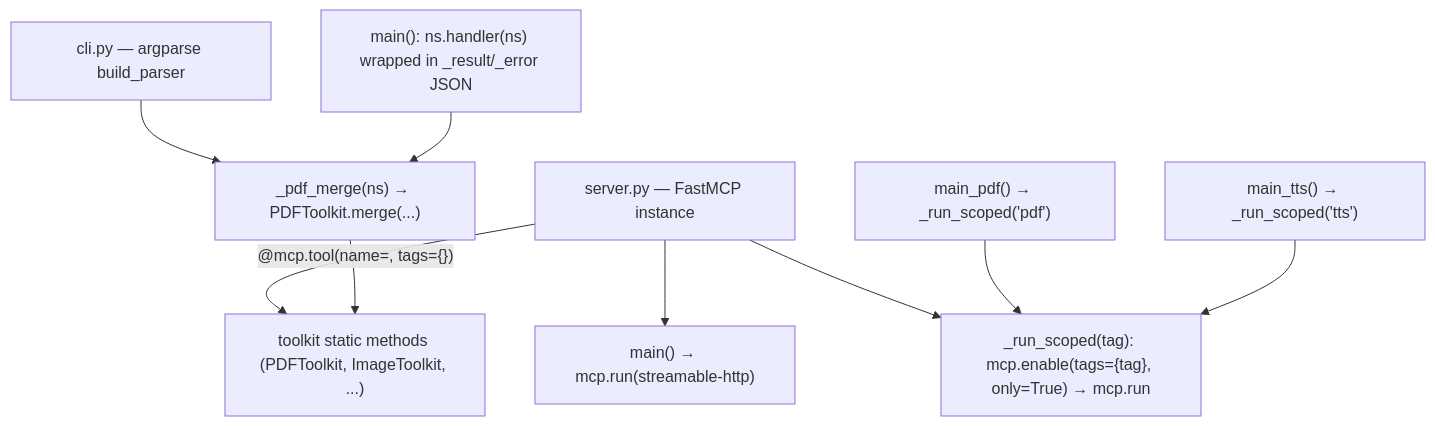
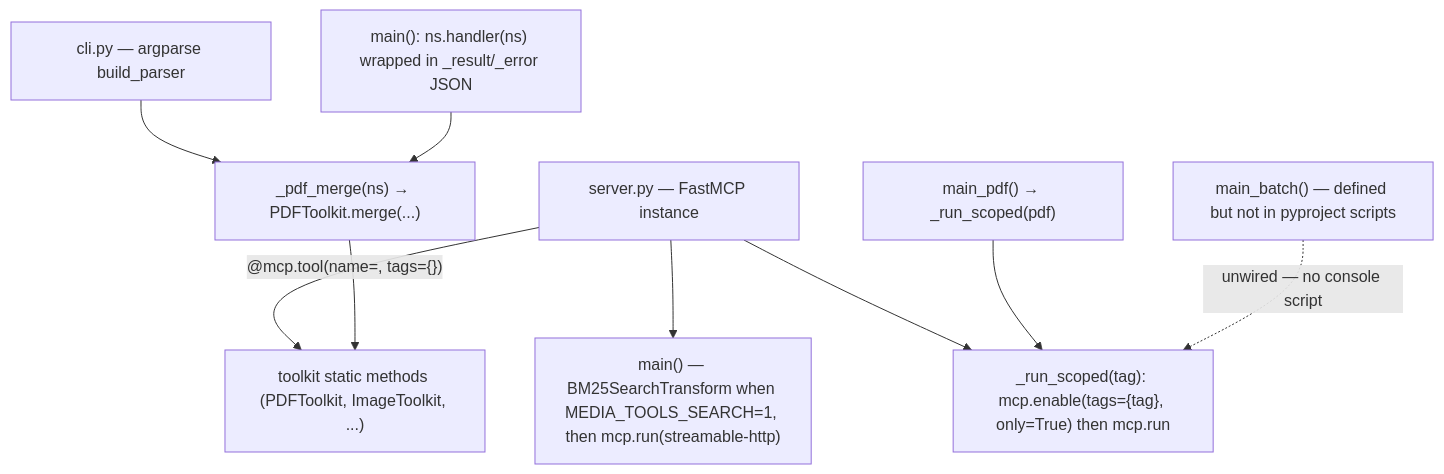
The diagram in openwiki/architecture/server-and-cli.md (jrodeiro5/media-tools), drawn with Mermaid before and after one commit. The commit also changed other lines of this file and 24 other files, not shown here.

````diff
--- a/openwiki/architecture/server-and-cli.md
+++ b/openwiki/architecture/server-and-cli.md
@@ -178,21 +223,21 @@
 ```mermaid
 flowchart TD
     TK["toolkit static methods (PDFToolkit, ImageToolkit, ...)"]
     S["server.py — FastMCP instance"]
-    Full["main() → mcp.run(streamable-http)"]
-    Scoped["_run_scoped(tag): mcp.enable(tags={tag}, only=True) → mcp.run"]
-    MainPdf["main_pdf() → _run_scoped('pdf')"]
-    MainTts["main_tts() → _run_scoped('tts')"]
+    Full["main() — BM25SearchTransform when MEDIA_TOOLS_SEARCH=1, then mcp.run(streamable-http)"]
+    Scoped["_run_scoped(tag): mcp.enable(tags={tag}, only=True) then mcp.run"]
+    MainPdf["main_pdf() → _run_scoped(pdf)"]
+    MainBatch["main_batch() — defined but not in pyproject scripts"]
     CLI["cli.py — argparse build_parser"]
     Handler["_pdf_merge(ns) → PDFToolkit.merge(...)"]
     Dispatch["main(): ns.handler(ns) wrapped in _result/_error JSON"]
 
     S --> Full
     S --> Scoped
     MainPdf --> Scoped
-    MainTts --> Scoped
+    MainBatch -.->|"unwired — no console script"| Scoped
     S -->|"@mcp.tool(name=, tags={})"| TK
     CLI --> Handler
     Handler --> TK
     Dispatch --> Handler
 ```
````
